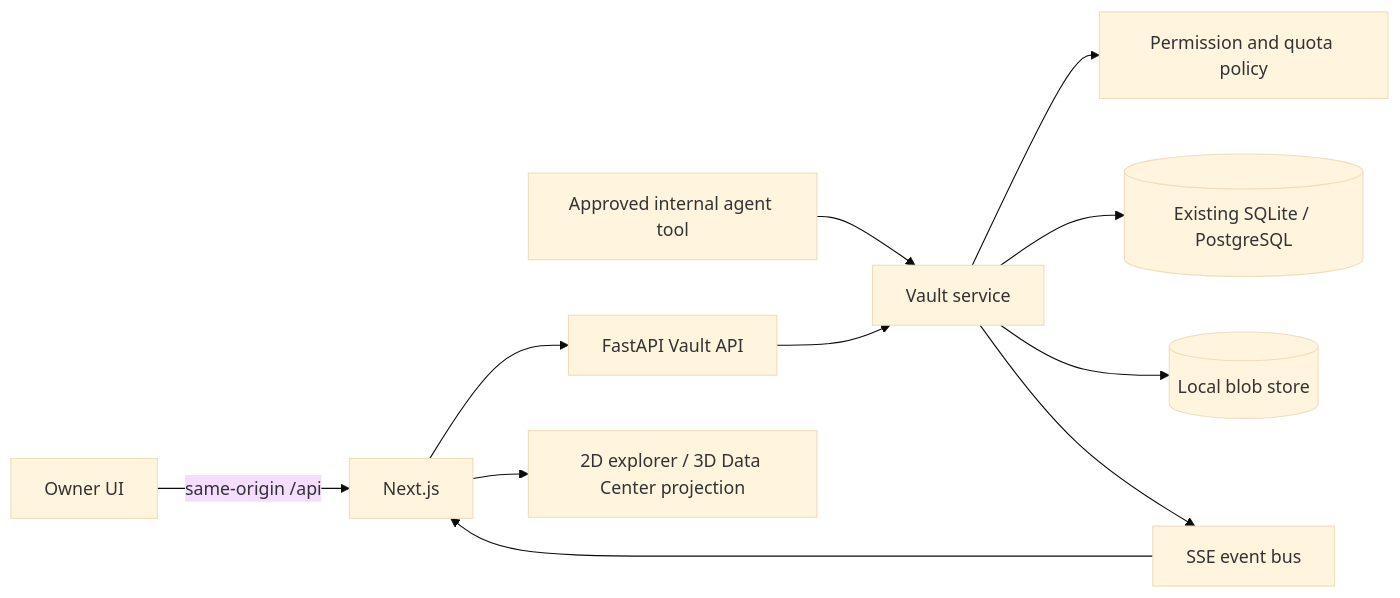
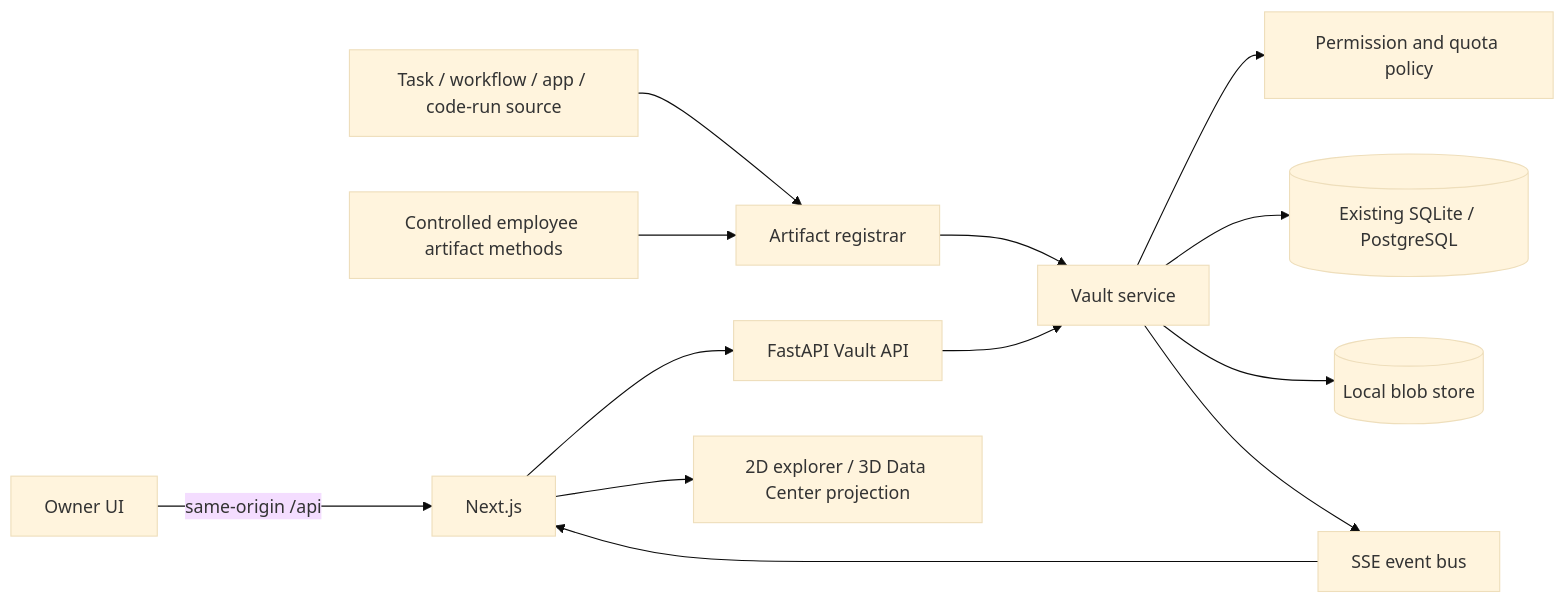
Before and after one commit to ahmad-el-abdallah/Nexus-Ai: the diagram in docs/DATA_CENTER.md, drawn with Mermaid (base theme). The commit also changed other lines of this file and 24 other files, not shown here.

````diff
--- a/docs/DATA_CENTER.md
+++ b/docs/DATA_CENTER.md
@@ -72,13 +72,15 @@
 ```mermaid
 flowchart LR
   owner[Owner UI] -->|same-origin /api| web[Next.js]
   web --> api[FastAPI Vault API]
-  agent[Approved internal agent tool] --> service[Vault service]
+  source[Task / workflow / app / code-run source] --> registrar[Artifact registrar]
+  agent[Controlled employee artifact methods] --> registrar
+  registrar --> service[Vault service]
   api --> service
   service --> policy[Permission and quota policy]
   service --> db[(Existing SQLite / PostgreSQL)]
   service --> blobs[(Local blob store)]
   service --> events[SSE event bus]
   events --> web
   web --> office[2D explorer / 3D Data Center projection]
 ```
````
